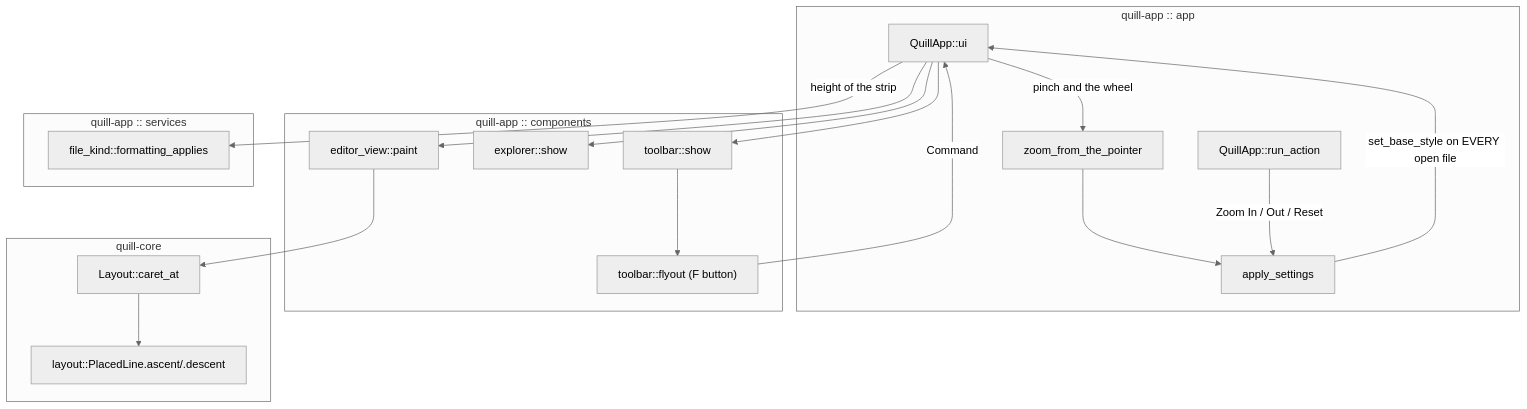
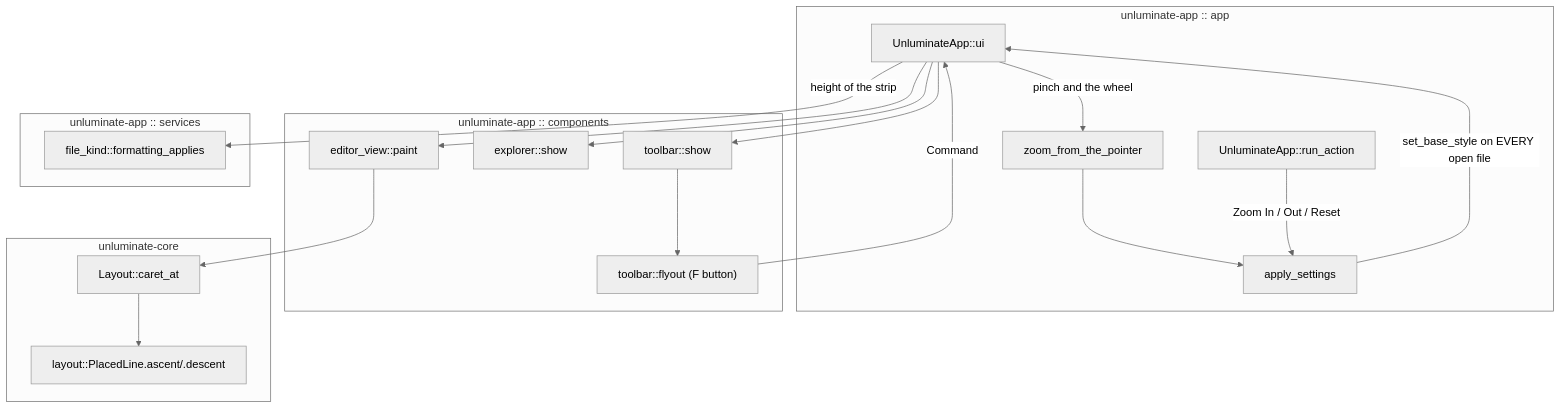
One commit to Black-Rainbow-Labs/Unluminous changed the diagram in tasks/task-1657-text-options-tdd.md. Above: the diagram before and after it, drawn with Mermaid (neutral theme). The commit also changed other lines of this file and 1291 other files, not shown here.

First line of the commit message:
task-1800: rename Quill to Unluminate

````diff
--- a/tasks/task-1657-text-options-tdd.md
+++ b/tasks/task-1657-text-options-tdd.md
@@ -90,38 +90,38 @@
 ```mermaid
 flowchart TD
-  subgraph app["quill-app :: app"]
-    A["QuillApp::ui"]
-    R["QuillApp::run_action"]
+  subgraph app["unluminate-app :: app"]
+    A["UnluminateApp::ui"]
+    R["UnluminateApp::run_action"]
     S["apply_settings"]
     Z["zoom_from_the_pointer"]
   end
 
-  subgraph comp["quill-app :: components"]
+  subgraph comp["unluminate-app :: components"]
     T["toolbar::show"]
     F["toolbar::flyout (F button)"]
     E["explorer::show"]
     V["editor_view::paint"]
   end
 
-  subgraph svc["quill-app :: services"]
+  subgraph svc["unluminate-app :: services"]
     K["file_kind::formatting_applies"]
   end
 
-  subgraph core["quill-core"]
+  subgraph core["unluminate-core"]
     L["layout::PlacedLine.ascent/.descent"]
     C["Layout::caret_at"]
   end
 
   A -->|"height of the strip"| K
   A --> T
   T --> F
   F -->|"Command"| A
   A -->|"pinch and the wheel"| Z
   Z --> S
   R -->|"Zoom In / Out / Reset"| S
   S -->|"set_base_style on EVERY open file"| A
   A --> E
   A --> V
   V --> C
   C --> L
 ```
````
